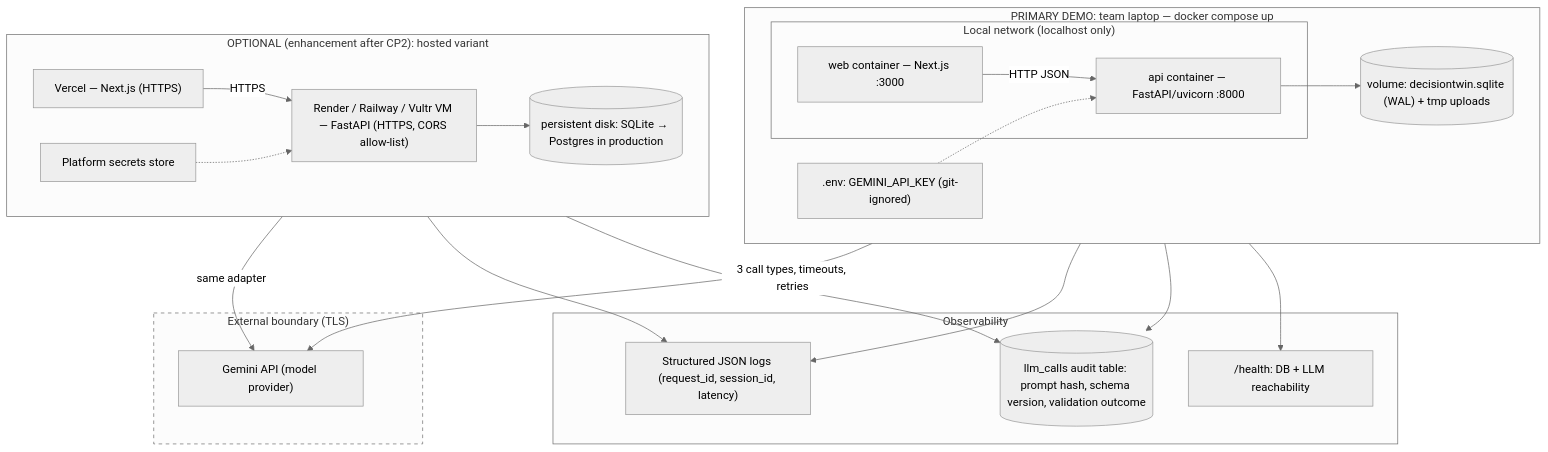
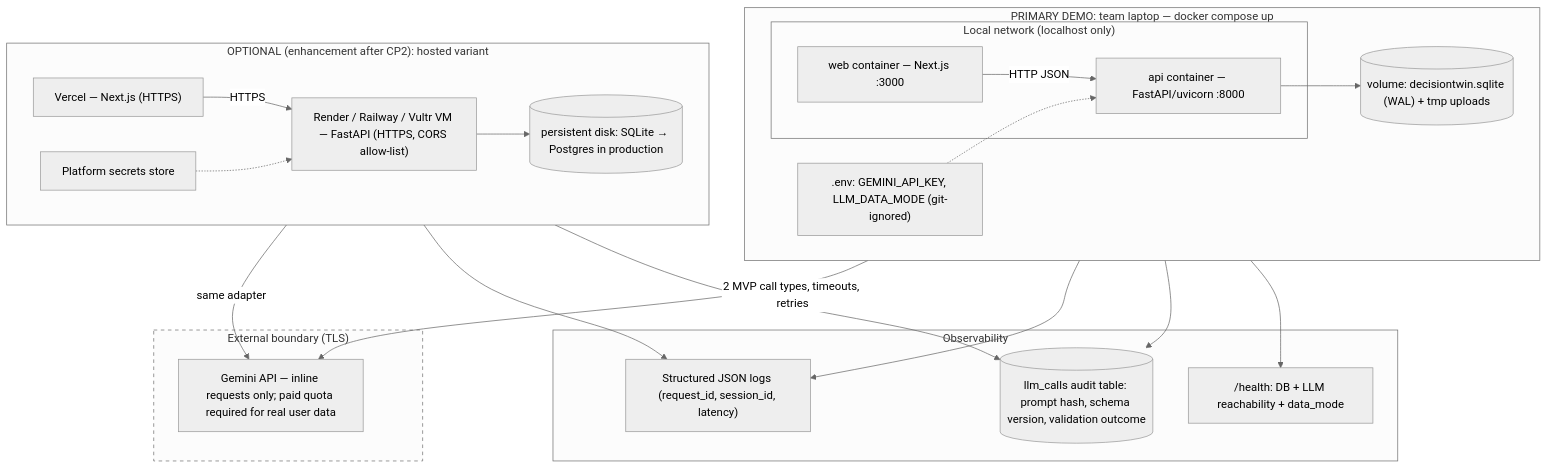
One commit to adipatel0821/CRISPR changed the diagram in architecture-research/diagrams/deployment_architecture.mmd. Above: the diagram before and after it, drawn with Mermaid (neutral theme). The commit also changed 42 other files, not shown here.

First line of the commit message:
docs(architecture): complete six-stage DecisionTwin architecture audit

```diff
--- a/architecture-research/diagrams/deployment_architecture.mmd
+++ b/architecture-research/diagrams/deployment_architecture.mmd
@@ -1,46 +1,46 @@
-%% H. Deployment architecture — primary (laptop Docker Compose) and optional cloud variant
+%% H. Deployment architecture (v1.1) — primary (laptop Docker Compose) and optional cloud variant
 flowchart TB
   subgraph Laptop["PRIMARY DEMO: team laptop — docker compose up"]
     direction LR
     subgraph Net["Local network (localhost only)"]
       W["web container — Next.js :3000"]
       A["api container — FastAPI/uvicorn :8000"]
     end
     VOL[("volume: decisiontwin.sqlite (WAL) + tmp uploads")]
-    ENV[".env: GEMINI_API_KEY (git-ignored)"]
+    ENV[".env: GEMINI_API_KEY, LLM_DATA_MODE (git-ignored)"]
     W -->|HTTP JSON| A
     A --> VOL
     ENV -.-> A
   end
 
   subgraph Cloud["OPTIONAL (enhancement after CP2): hosted variant"]
     direction LR
     V["Vercel — Next.js (HTTPS)"]
     R["Render / Railway / Vultr VM — FastAPI (HTTPS, CORS allow-list)"]
     PV[("persistent disk: SQLite → Postgres in production")]
     SEC["Platform secrets store"]
     V -->|HTTPS| R
     R --> PV
     SEC -.-> R
   end
 
   subgraph External["External boundary (TLS)"]
-    G["Gemini API (model provider)"]
+    G["Gemini API — inline requests only; paid quota required for real user data"]
   end
 
   subgraph Obs["Observability"]
     LOGS["Structured JSON logs (request_id, session_id, latency)"]
     AUD[("llm_calls audit table: prompt hash, schema version, validation outcome")]
-    H["/health: DB + LLM reachability"]
+    H["/health: DB + LLM reachability + data_mode"]
   end
 
-  A -->|3 call types, timeouts, retries| G
+  A -->|2 MVP call types, timeouts, retries| G
   R -->|same adapter| G
   A --> LOGS
   A --> AUD
   A --> H
   R --> LOGS
   R --> AUD
 
   classDef boundary stroke-dasharray: 5 5
   class External boundary
```
